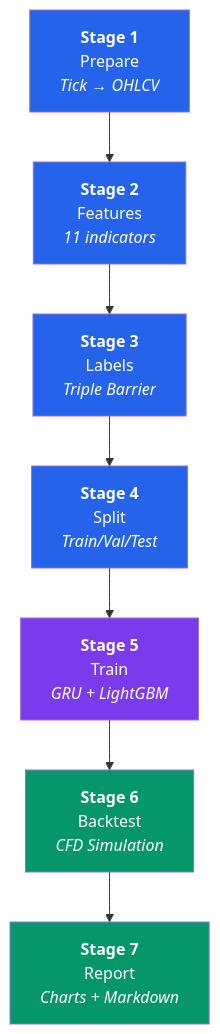
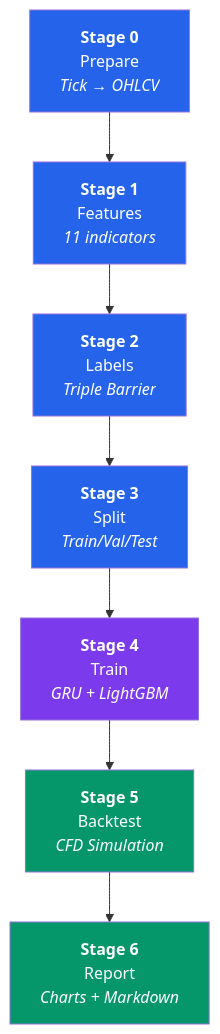
Before and after one commit to ultimateBroK/thesis-hybrid-stacking: the second of 7 diagrams in docs/ARCHITECTURE.md, drawn with Mermaid. The commit also changed other lines of this file and 27 other files, not shown here.

````diff
--- a/docs/ARCHITECTURE.md
+++ b/docs/ARCHITECTURE.md
@@ -45,20 +45,20 @@
 ```mermaid
 flowchart TD
-    S1["<b>Stage 1</b><br/>Prepare<br/><i>Tick → OHLCV</i>"]
-    S2["<b>Stage 2</b><br/>Features<br/><i>11 indicators</i>"]
-    S3["<b>Stage 3</b><br/>Labels<br/><i>Triple Barrier</i>"]
-    S4["<b>Stage 4</b><br/>Split<br/><i>Train/Val/Test</i>"]
-    S5["<b>Stage 5</b><br/>Train<br/><i>GRU + LightGBM</i>"]
-    S6["<b>Stage 6</b><br/>Backtest<br/><i>CFD Simulation</i>"]
-    S7["<b>Stage 7</b><br/>Report<br/><i>Charts + Markdown</i>"]
+    S0["<b>Stage 0</b><br/>Prepare<br/><i>Tick → OHLCV</i>"]
+    S1["<b>Stage 1</b><br/>Features<br/><i>11 indicators</i>"]
+    S2["<b>Stage 2</b><br/>Labels<br/><i>Triple Barrier</i>"]
+    S3["<b>Stage 3</b><br/>Split<br/><i>Train/Val/Test</i>"]
+    S4["<b>Stage 4</b><br/>Train<br/><i>GRU + LightGBM</i>"]
+    S5["<b>Stage 5</b><br/>Backtest<br/><i>CFD Simulation</i>"]
+    S6["<b>Stage 6</b><br/>Report<br/><i>Charts + Markdown</i>"]
 
-    S1 --> S2 --> S3 --> S4 --> S5 --> S6 --> S7
+    S0 --> S1 --> S2 --> S3 --> S4 --> S5 --> S6
 
+    style S0 fill:#2563EB,color:#fff
     style S1 fill:#2563EB,color:#fff
     style S2 fill:#2563EB,color:#fff
     style S3 fill:#2563EB,color:#fff
-    style S4 fill:#2563EB,color:#fff
-    style S5 fill:#7C3AED,color:#fff
+    style S4 fill:#7C3AED,color:#fff
+    style S5 fill:#059669,color:#fff
     style S6 fill:#059669,color:#fff
-    style S7 fill:#059669,color:#fff
 ```
````
